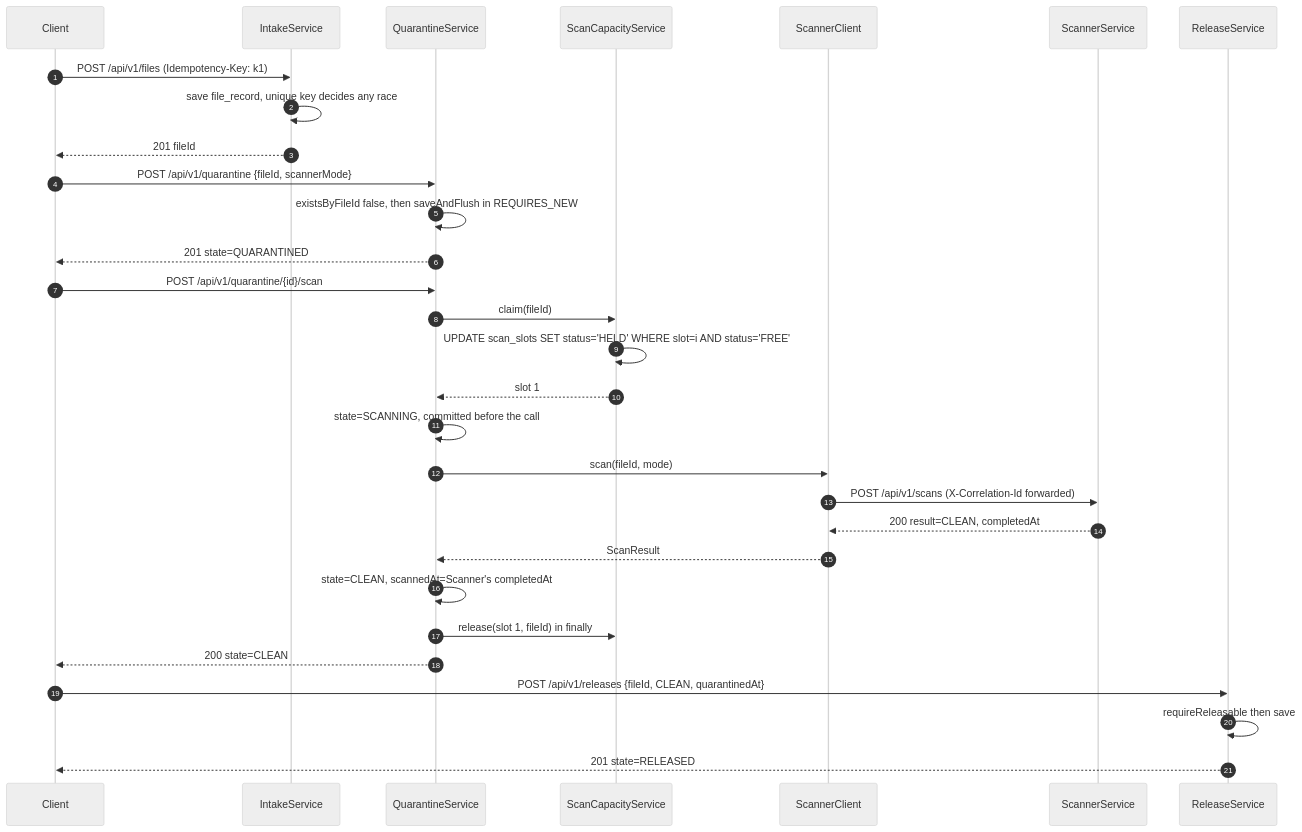
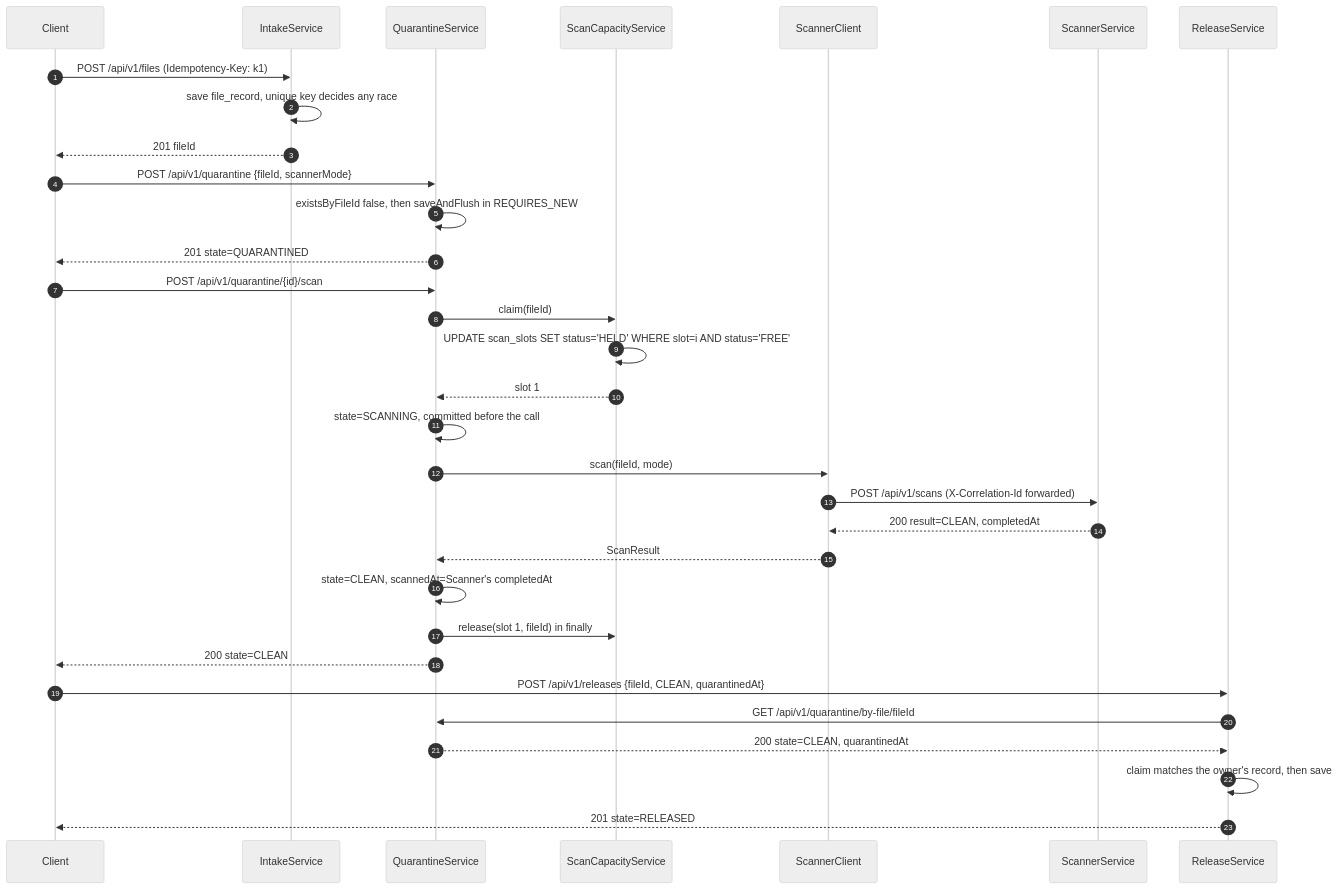
The second of 9 diagrams in docs/architecture.md (2025tm93006/scalable-services-assignment), drawn with Mermaid (neutral theme) before and after one commit. The commit also changed other lines of this file and 9 other files, not shown here.

````diff
--- a/docs/architecture.md
+++ b/docs/architecture.md
@@ -87,36 +102,38 @@
 ```mermaid
 sequenceDiagram
     autonumber
     participant C as Client
     participant I as IntakeService
     participant Q as QuarantineService
     participant SC as ScanCapacityService
     participant CL as ScannerClient
     participant A as ScannerService
     participant R as ReleaseService
 
     C->>I: POST /api/v1/files (Idempotency-Key: k1)
     I->>I: save file_record, unique key decides any race
     I-->>C: 201 fileId
 
     C->>Q: POST /api/v1/quarantine {fileId, scannerMode}
     Q->>Q: existsByFileId false, then saveAndFlush in REQUIRES_NEW
     Q-->>C: 201 state=QUARANTINED
 
     C->>Q: POST /api/v1/quarantine/{id}/scan
     Q->>SC: claim(fileId)
     SC->>SC: UPDATE scan_slots SET status='HELD' WHERE slot=i AND status='FREE'
     SC-->>Q: slot 1
     Q->>Q: state=SCANNING, committed before the call
     Q->>CL: scan(fileId, mode)
     CL->>A: POST /api/v1/scans (X-Correlation-Id forwarded)
     A-->>CL: 200 result=CLEAN, completedAt
     CL-->>Q: ScanResult
     Q->>Q: state=CLEAN, scannedAt=Scanner's completedAt
     Q->>SC: release(slot 1, fileId) in finally
     Q-->>C: 200 state=CLEAN
 
     C->>R: POST /api/v1/releases {fileId, CLEAN, quarantinedAt}
-    R->>R: requireReleasable then save
+    R->>Q: GET /api/v1/quarantine/by-file/fileId
+    Q-->>R: 200 state=CLEAN, quarantinedAt
+    R->>R: claim matches the owner's record, then save
     R-->>C: 201 state=RELEASED
 ```
````
